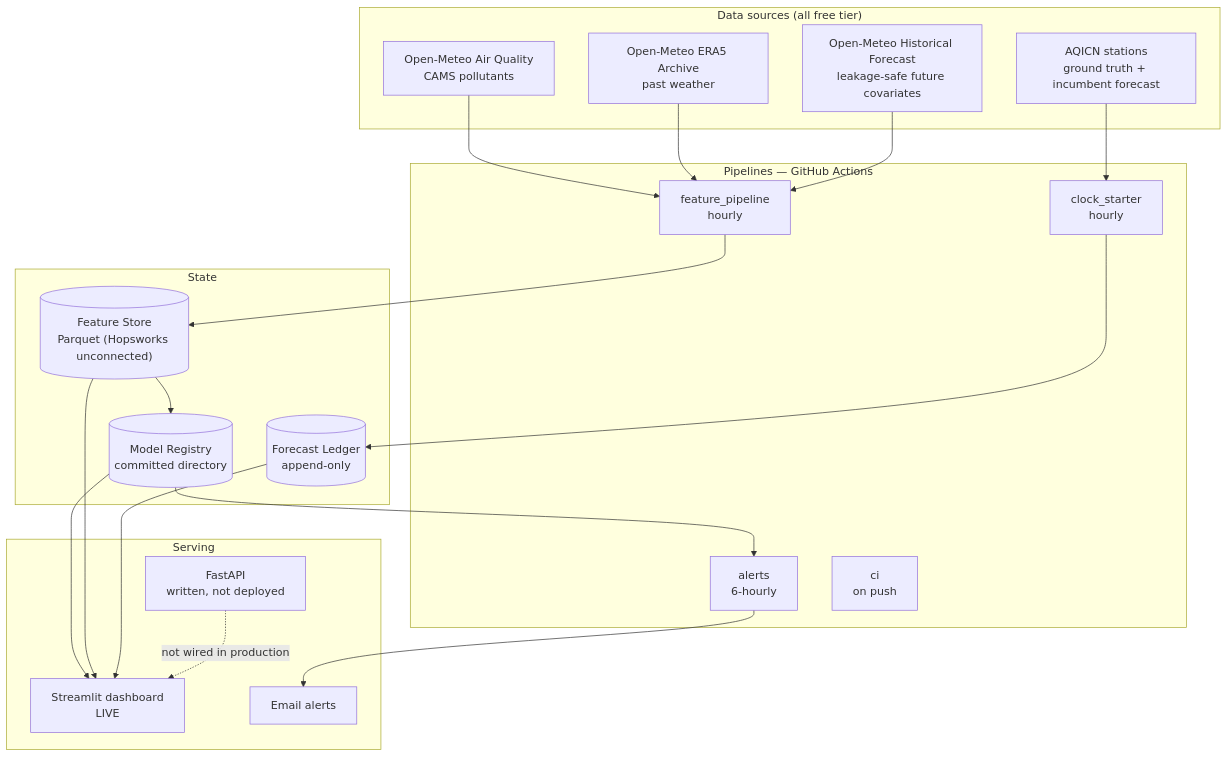
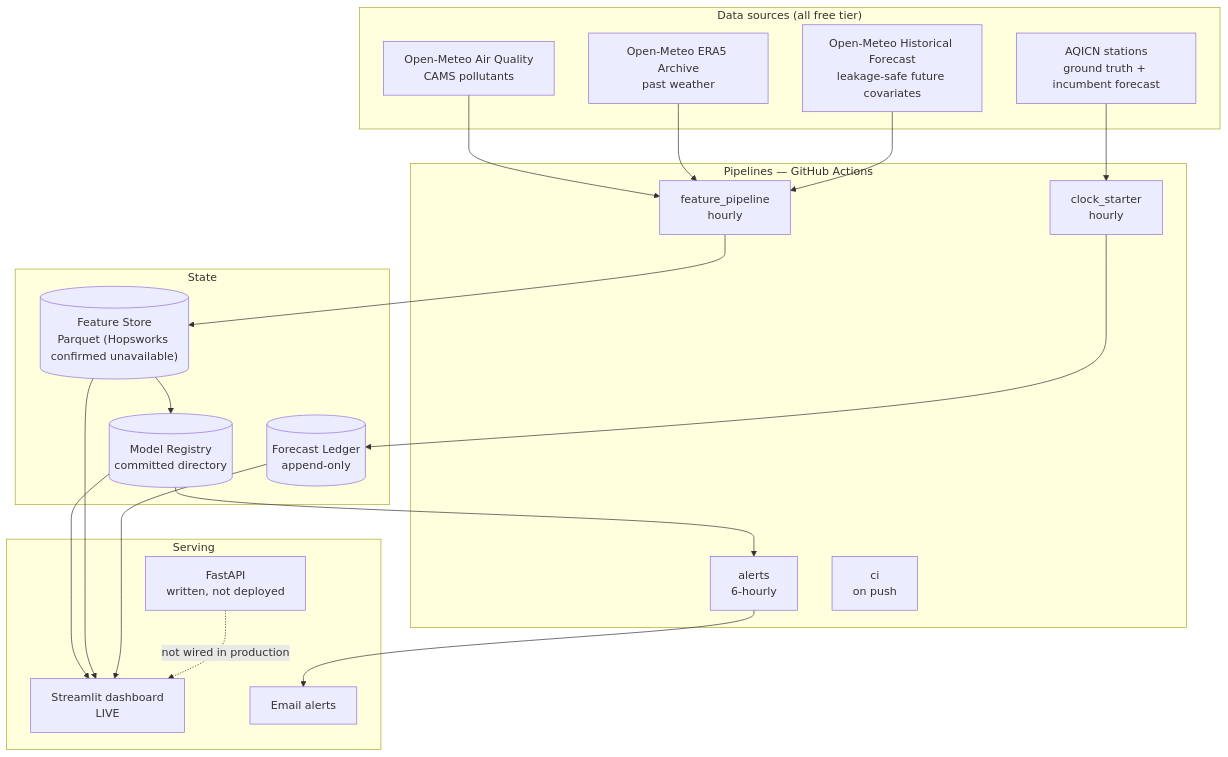
Before and after one commit to alizataimur/aqi-pearls: the diagram in reports/final_report.md, drawn with Mermaid. The commit also changed other lines of this file and 4 other files, not shown here.

````diff
--- a/reports/final_report.md
+++ b/reports/final_report.md
@@ -50,36 +50,36 @@
 ```mermaid
 flowchart TB
     subgraph SRC["Data sources (all free tier)"]
         OMA["Open-Meteo Air Quality<br/>CAMS pollutants"]
         OMW["Open-Meteo ERA5 Archive<br/>past weather"]
         OMF["Open-Meteo Historical Forecast<br/>leakage-safe future covariates"]
         AQ["AQICN stations<br/>ground truth + incumbent forecast"]
     end
     subgraph PIPE["Pipelines — GitHub Actions"]
         CS["clock_starter<br/>hourly"]
         FP["feature_pipeline<br/>hourly"]
         AL["alerts<br/>6-hourly"]
         CI["ci<br/>on push"]
     end
     subgraph STORE["State"]
-        FS[("Feature Store<br/>Parquet (Hopsworks unconnected)")]
+        FS[("Feature Store<br/>Parquet (Hopsworks confirmed unavailable)")]
         MR[("Model Registry<br/>committed directory")]
         LG[("Forecast Ledger<br/>append-only")]
     end
     subgraph SERVE["Serving"]
         API["FastAPI<br/>written, not deployed"]
         UI["Streamlit dashboard<br/>LIVE"]
         MAIL["Email alerts"]
     end
     OMA --> FP
     OMW --> FP
     OMF --> FP
     AQ --> CS --> LG
     FP --> FS
     FS --> MR
     MR --> UI
     FS --> UI
     LG --> UI
     MR --> AL --> MAIL
     API -.->|not wired in production| UI
 ```
````
